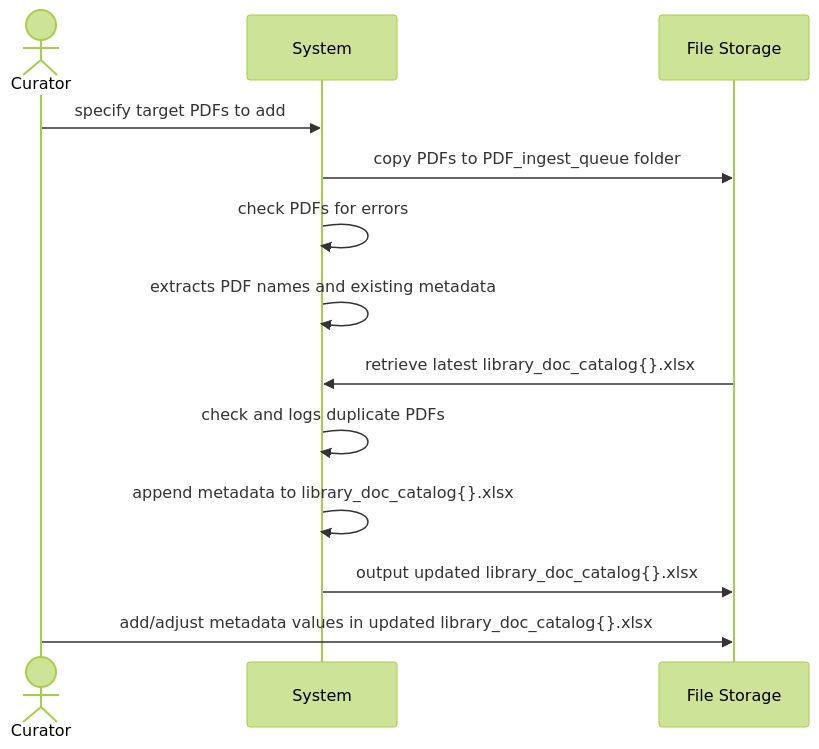
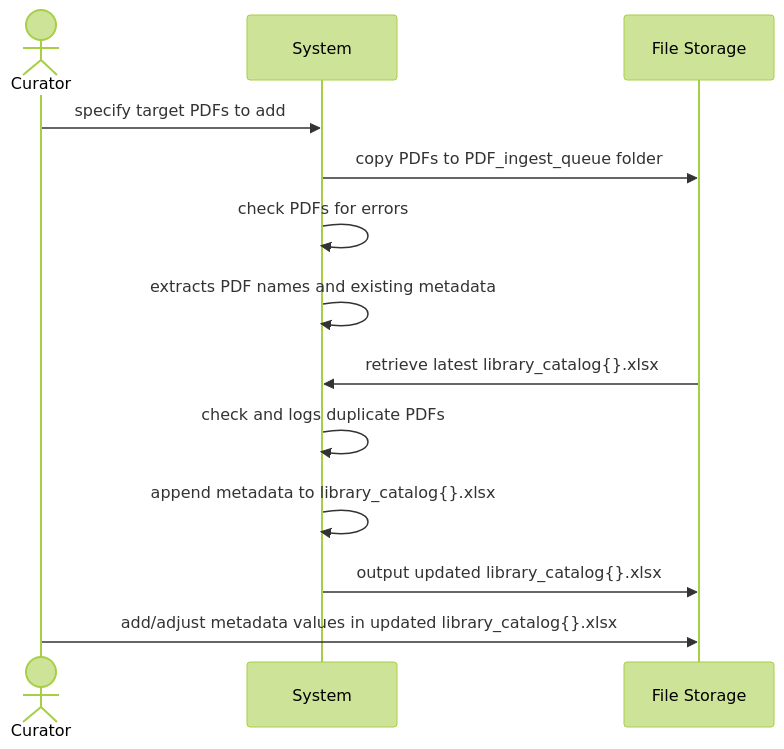
One commit to drew-wks/ASK changed the first of 2 diagrams in docs/library_admin_processes.md. Above: the diagram before and after it, drawn with Mermaid (forest theme). The commit also changed other lines of this file and 9 other files, not shown here.

````diff
--- a/docs/library_admin_processes.md
+++ b/docs/library_admin_processes.md
@@ -6,16 +6,16 @@
 ```mermaid
 sequenceDiagram
     actor Curator
     participant System
     participant File Storage
     
     Curator->>System: specify target PDFs to add
     System->>File Storage: copy PDFs to PDF_ingest_queue folder
     System->>System: check PDFs for errors
     System->>System: extracts PDF names and existing metadata
-    File Storage->>System: retrieve latest library_doc_catalog{}.xlsx
+    File Storage->>System: retrieve latest library_catalog{}.xlsx
     System->>System: check and logs duplicate PDFs
-    System->>System: append metadata to library_doc_catalog{}.xlsx
-    System->>File Storage: output updated library_doc_catalog{}.xlsx
-    Curator->>File Storage: add/adjust metadata values in updated library_doc_catalog{}.xlsx
+    System->>System: append metadata to library_catalog{}.xlsx
+    System->>File Storage: output updated library_catalog{}.xlsx
+    Curator->>File Storage: add/adjust metadata values in updated library_catalog{}.xlsx
 ```
````
